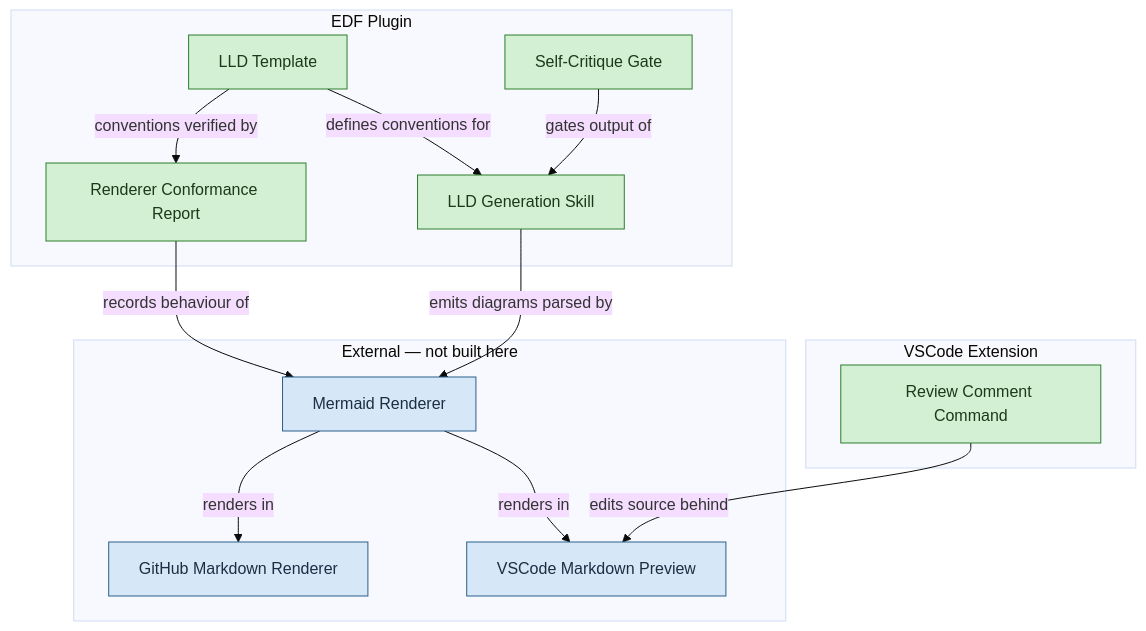
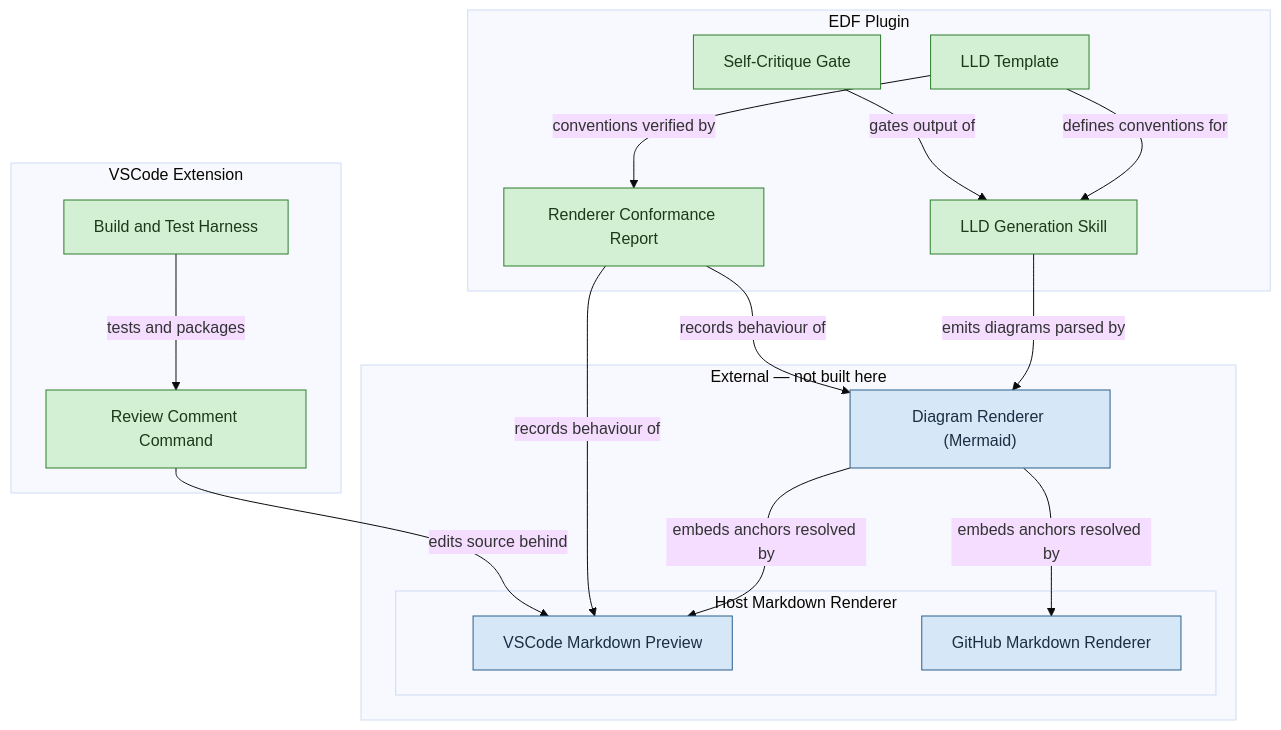
Before and after one commit to mironyx/engineering-delivery-framework: the first of 6 diagrams in plugins/edf/docs/design/v1/v1-design.md, drawn with Mermaid (base theme). The commit also changed other lines of this file and 1 other file, not shown here.

First line of the commit message:
docs: HLD v1 review fixes — 2 blockers, 8 warnings

````diff
--- a/plugins/edf/docs/design/v1/v1-design.md
+++ b/plugins/edf/docs/design/v1/v1-design.md
@@ -177,34 +181,39 @@
 ```mermaid
 flowchart TD
     subgraph sgPlugin["EDF Plugin"]
         Template["LLD Template"]
         Skill["LLD Generation Skill"]
         Critique["Self-Critique Gate"]
         Report["Renderer Conformance Report"]
     end
 
     subgraph sgExt["VSCode Extension"]
         ReviewCmd["Review Comment Command"]
+        BuildHarness["Build and Test Harness"]
     end
 
     subgraph sgExternal["External — not built here"]
-        Mermaid["Mermaid Renderer"]
-        Preview["VSCode Markdown Preview"]
-        GitHub["GitHub Markdown Renderer"]
+        Mermaid["Diagram Renderer (Mermaid)"]
+        subgraph sgHost["Host Markdown Renderer"]
+            Preview["VSCode Markdown Preview"]
+            GitHub["GitHub Markdown Renderer"]
+        end
     end
 
     Template -->|"defines conventions for"| Skill
     Skill -->|"emits diagrams parsed by"| Mermaid
     Critique -->|"gates output of"| Skill
     Template -->|"conventions verified by"| Report
-    Mermaid -->|"renders in"| Preview
-    Mermaid -->|"renders in"| GitHub
+    Mermaid -->|"embeds anchors resolved by"| Preview
+    Mermaid -->|"embeds anchors resolved by"| GitHub
     Report -->|"records behaviour of"| Mermaid
+    Report -->|"records behaviour of"| Preview
+    BuildHarness -->|"tests and packages"| ReviewCmd
     ReviewCmd -->|"edits source behind"| Preview
 
     classDef new fill:#d4f0d4,stroke:#2d7d2d,color:#1a3a1a
     classDef extsvc fill:#d6e8f7,stroke:#2d5f8a,color:#1a2f44
 
-    class Template,Skill,Critique,Report,ReviewCmd new
+    class Template,Skill,Critique,Report,ReviewCmd,BuildHarness new
     class Mermaid,Preview,GitHub extsvc
 ```
````
